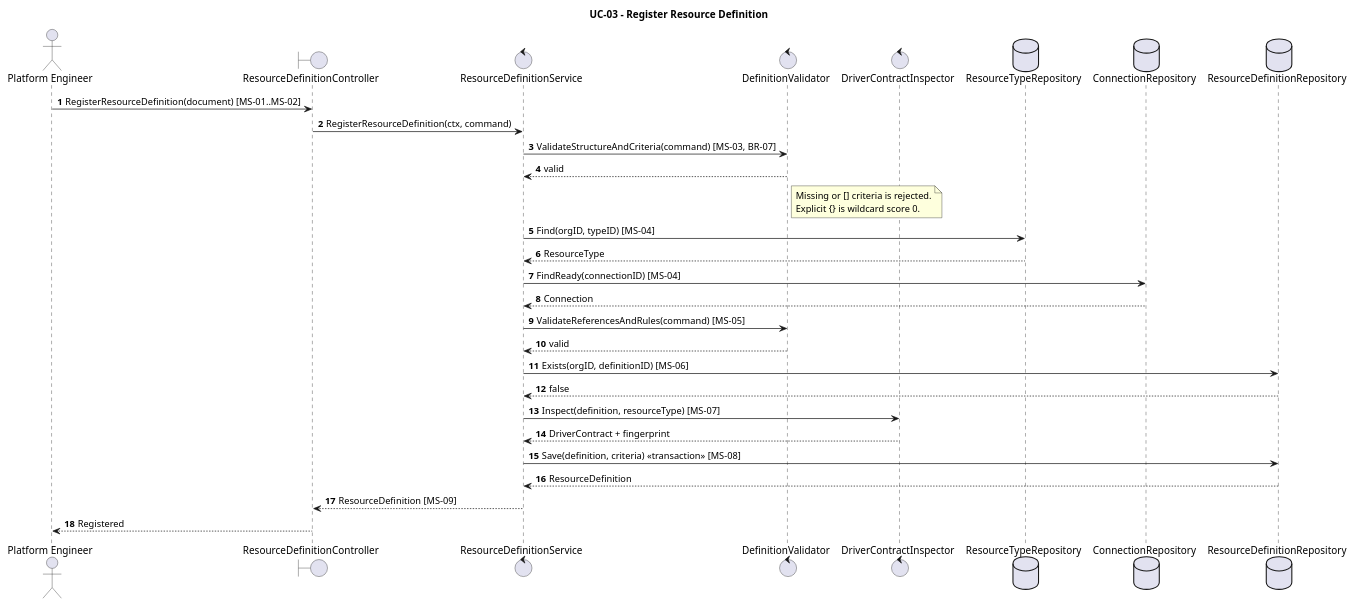
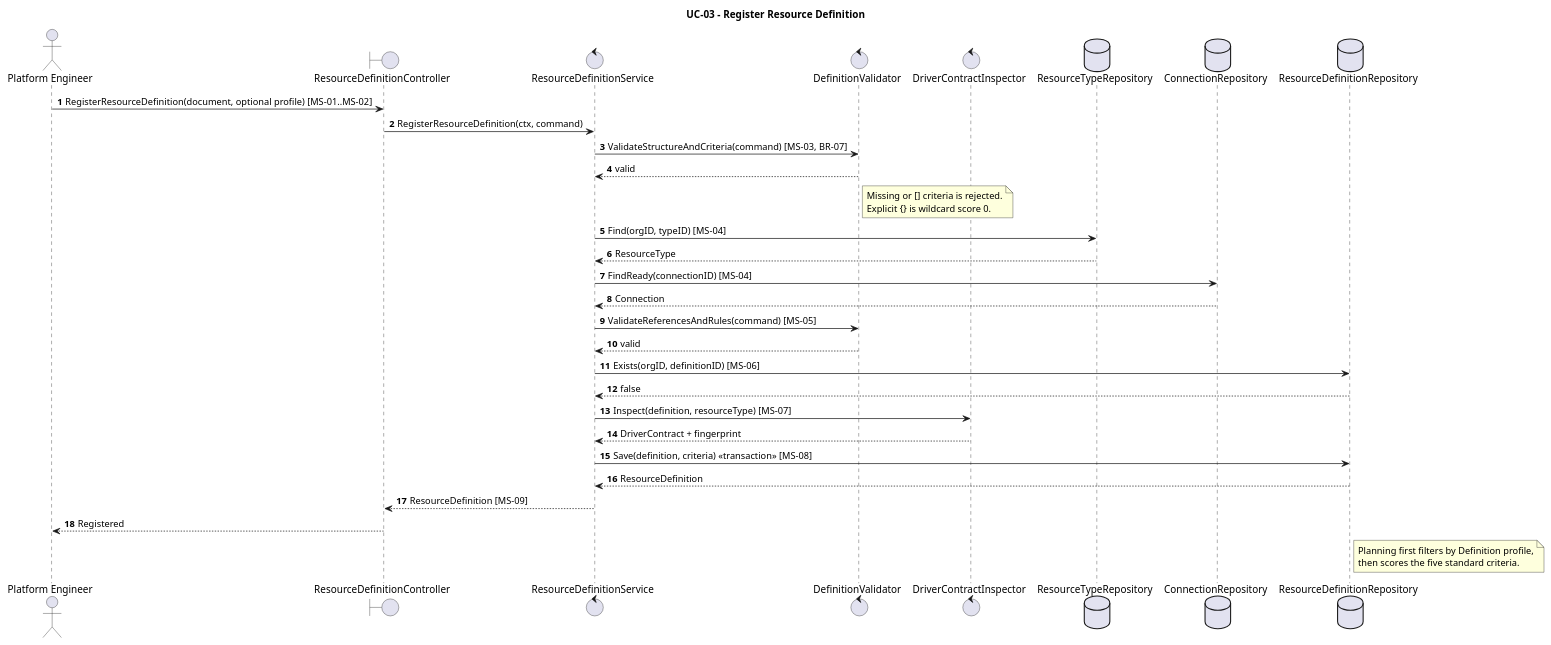
Before and after one commit to pr3s3nt/poc: the diagram in orchestrator_docs/usecase/UC-03/sequence.puml, drawn with PlantUML. The commit also changed 26 other files, not shown here.

Commit message:
fix: support resource inputs and profile-based definition matching

```diff
--- a/orchestrator_docs/usecase/UC-03/sequence.puml
+++ b/orchestrator_docs/usecase/UC-03/sequence.puml
@@ -1,35 +1,39 @@
 @startuml
 title UC-03 - Register Resource Definition
 autonumber
 actor "Platform Engineer" as PE
 boundary ResourceDefinitionController as API
 control ResourceDefinitionService as Service
 control DefinitionValidator as Validator
 control DriverContractInspector as Inspector
 database ResourceTypeRepository as TypeRepo
 database ConnectionRepository as ConnectionRepo
 database ResourceDefinitionRepository as DefinitionRepo
 
-PE -> API: RegisterResourceDefinition(document) [MS-01..MS-02]
+PE -> API: RegisterResourceDefinition(document, optional profile) [MS-01..MS-02]
 API -> Service: RegisterResourceDefinition(ctx, command)
 Service -> Validator: ValidateStructureAndCriteria(command) [MS-03, BR-07]
 Validator --> Service: valid
 note right of Validator
 Missing or [] criteria is rejected.
 Explicit {} is wildcard score 0.
 end note
 Service -> TypeRepo: Find(orgID, typeID) [MS-04]
 TypeRepo --> Service: ResourceType
 Service -> ConnectionRepo: FindReady(connectionID) [MS-04]
 ConnectionRepo --> Service: Connection
 Service -> Validator: ValidateReferencesAndRules(command) [MS-05]
 Validator --> Service: valid
 Service -> DefinitionRepo: Exists(orgID, definitionID) [MS-06]
 DefinitionRepo --> Service: false
 Service -> Inspector: Inspect(definition, resourceType) [MS-07]
 Inspector --> Service: DriverContract + fingerprint
 Service -> DefinitionRepo: Save(definition, criteria) <<transaction>> [MS-08]
 DefinitionRepo --> Service: ResourceDefinition
 Service --> API: ResourceDefinition [MS-09]
 API --> PE: Registered
+note right of DefinitionRepo
+Planning first filters by Definition profile,
+then scores the five standard criteria.
+end note
 @enduml
```
